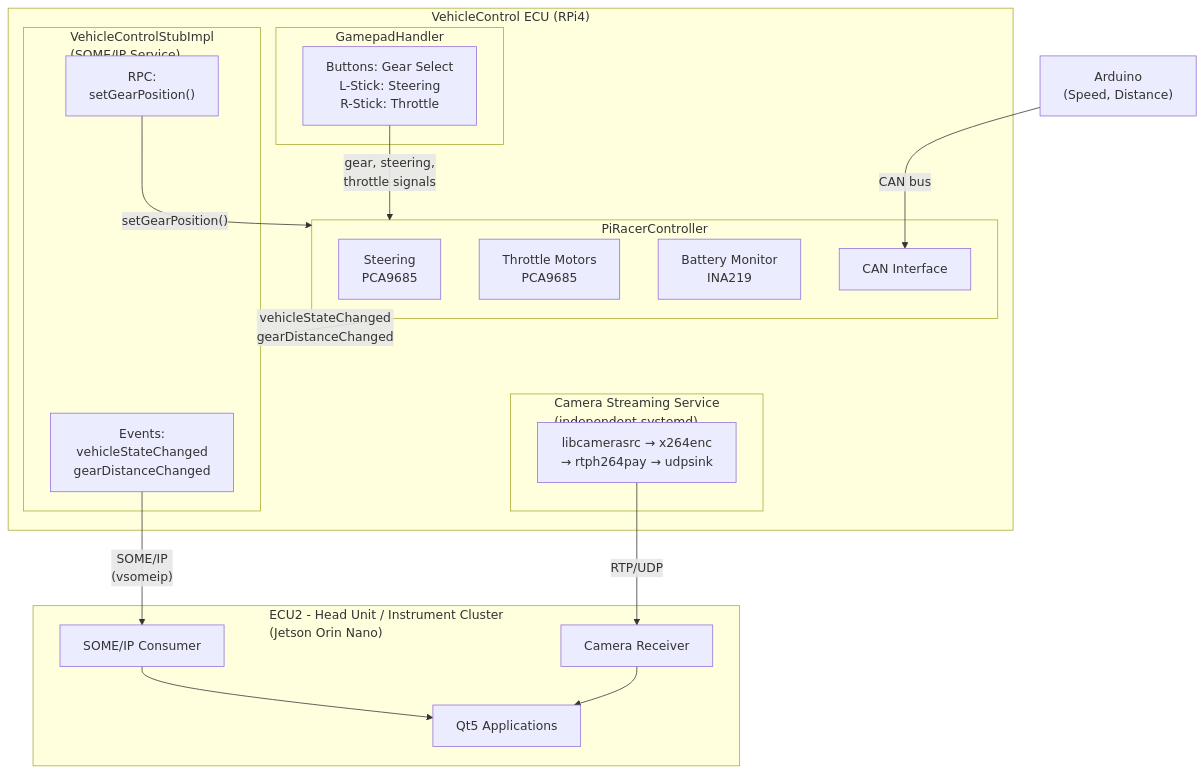
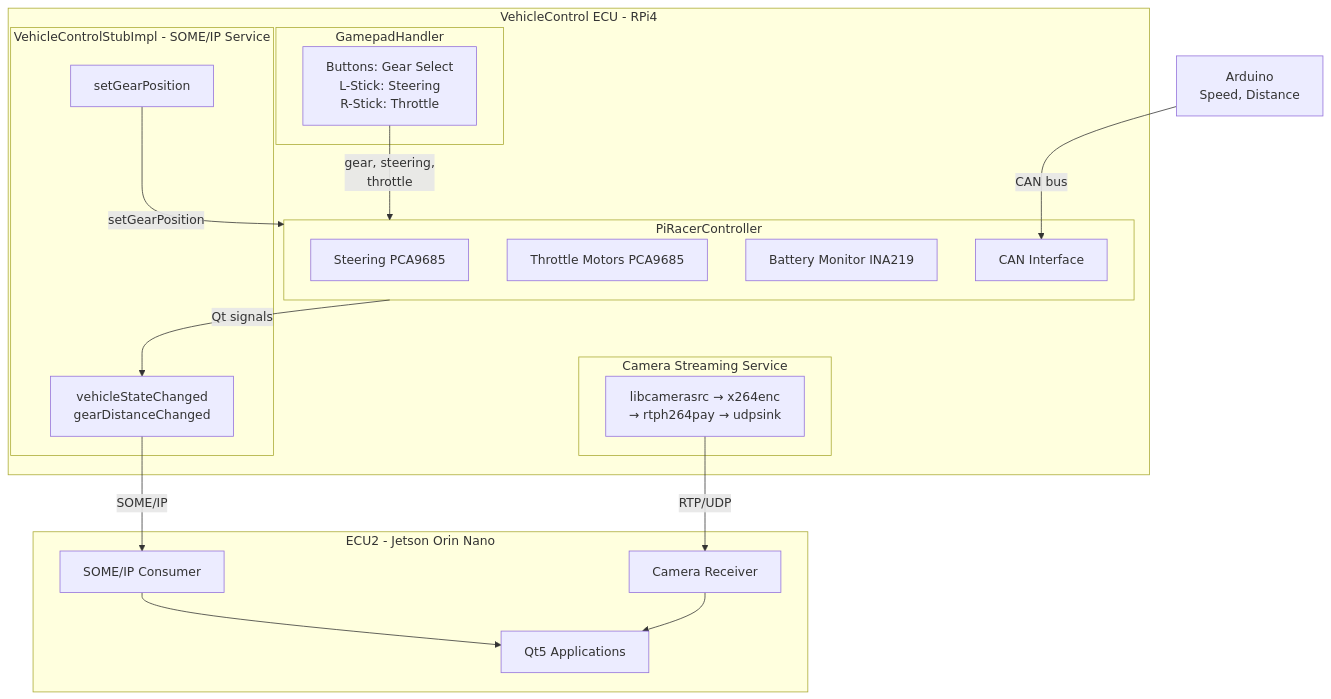
Before and after one commit to Changseok-Oh29/DES_Head-Unit: the diagram in README1.md, drawn with Mermaid. The commit also changed 1 other file, not shown here.

Commit message:
changed the software architecture diagram

````diff
--- a/README1.md
+++ b/README1.md
@@ -60,42 +60,42 @@
 ```mermaid
 graph TD
-    Arduino["Arduino<br/>(Speed, Distance)"]
+    Arduino["Arduino<br/>Speed, Distance"]
 
-    subgraph ECU1["VehicleControl ECU (RPi4)"]
+    subgraph ECU1["VehicleControl ECU - RPi4"]
 
         subgraph Gamepad["GamepadHandler"]
             GP_Buttons["Buttons: Gear Select<br/>L-Stick: Steering<br/>R-Stick: Throttle"]
         end
 
         subgraph PiRacer["PiRacerController"]
-            Steering["Steering<br/>PCA9685"]
-            Throttle["Throttle Motors<br/>PCA9685"]
-            Battery["Battery Monitor<br/>INA219"]
+            Steering["Steering PCA9685"]
+            Throttle["Throttle Motors PCA9685"]
+            Battery["Battery Monitor INA219"]
             CAN["CAN Interface"]
         end
 
-        subgraph Stub["VehicleControlStubImpl<br/>(SOME/IP Service)"]
-            Events["Events:<br/>vehicleStateChanged<br/>gearDistanceChanged"]
-            RPC["RPC:<br/>setGearPosition()"]
+        subgraph Stub["VehicleControlStubImpl - SOME/IP Service"]
+            Events["vehicleStateChanged<br/>gearDistanceChanged"]
+            RPC["setGearPosition"]
         end
 
-        subgraph Camera["Camera Streaming Service<br/>(independent systemd)"]
+        subgraph Camera["Camera Streaming Service"]
             Pipeline["libcamerasrc → x264enc<br/>→ rtph264pay → udpsink"]
         end
     end
 
-    subgraph ECU2["ECU2 - Head Unit / Instrument Cluster<br/>(Jetson Orin Nano)"]
+    subgraph ECU2["ECU2 - Jetson Orin Nano"]
         SOMEIP_Consumer["SOME/IP Consumer"]
         Camera_Receiver["Camera Receiver"]
         QtApps["Qt5 Applications"]
     end
 
     Arduino -- "CAN bus" --> CAN
-    GP_Buttons -- "gear, steering,<br/>throttle signals" --> PiRacer
-    PiRacer -- "vehicleStateChanged<br/>gearDistanceChanged" --> Stub
-    RPC -- "setGearPosition()" --> PiRacer
-    Events -- "SOME/IP<br/>(vsomeip)" --> SOMEIP_Consumer
+    GP_Buttons -- "gear, steering,<br/>throttle" --> PiRacer
+    PiRacer -- "Qt signals" --> Events
+    RPC -- "setGearPosition" --> PiRacer
+    Events -- "SOME/IP" --> SOMEIP_Consumer
     Pipeline -- "RTP/UDP" --> Camera_Receiver
     SOMEIP_Consumer --> QtApps
     Camera_Receiver --> QtApps
 ```
````
